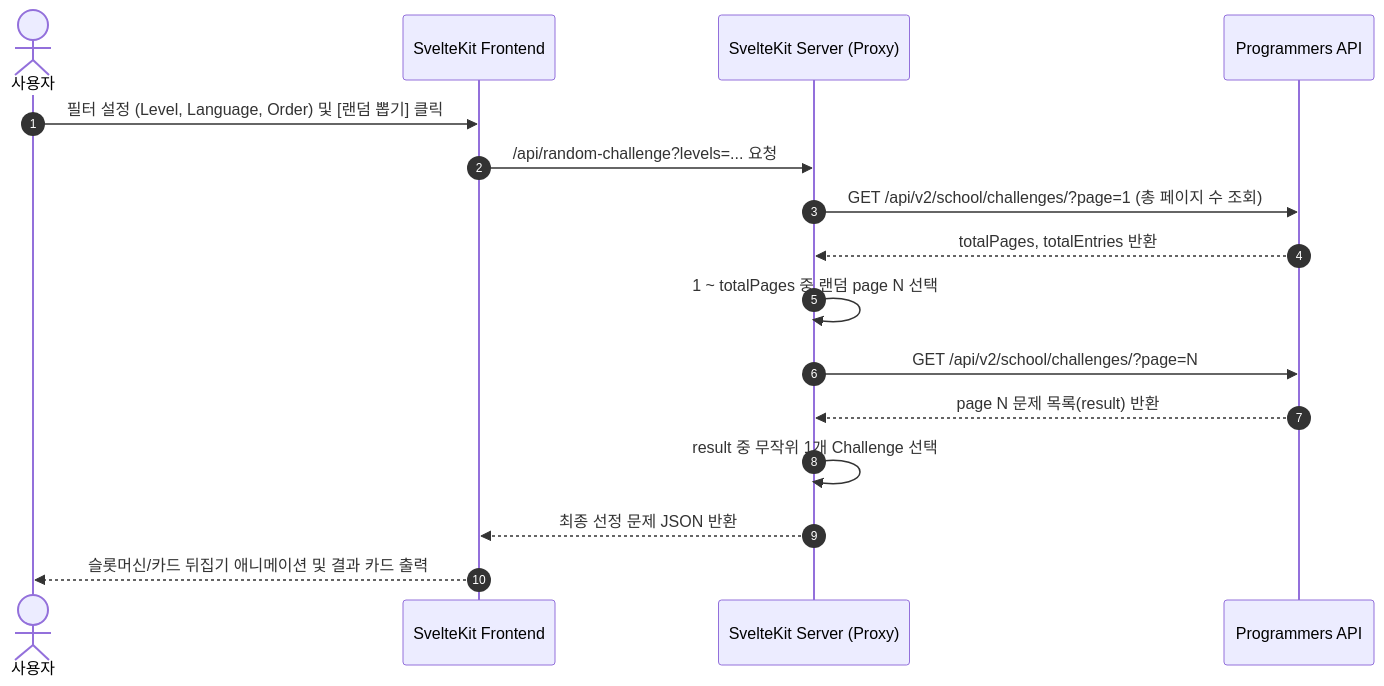
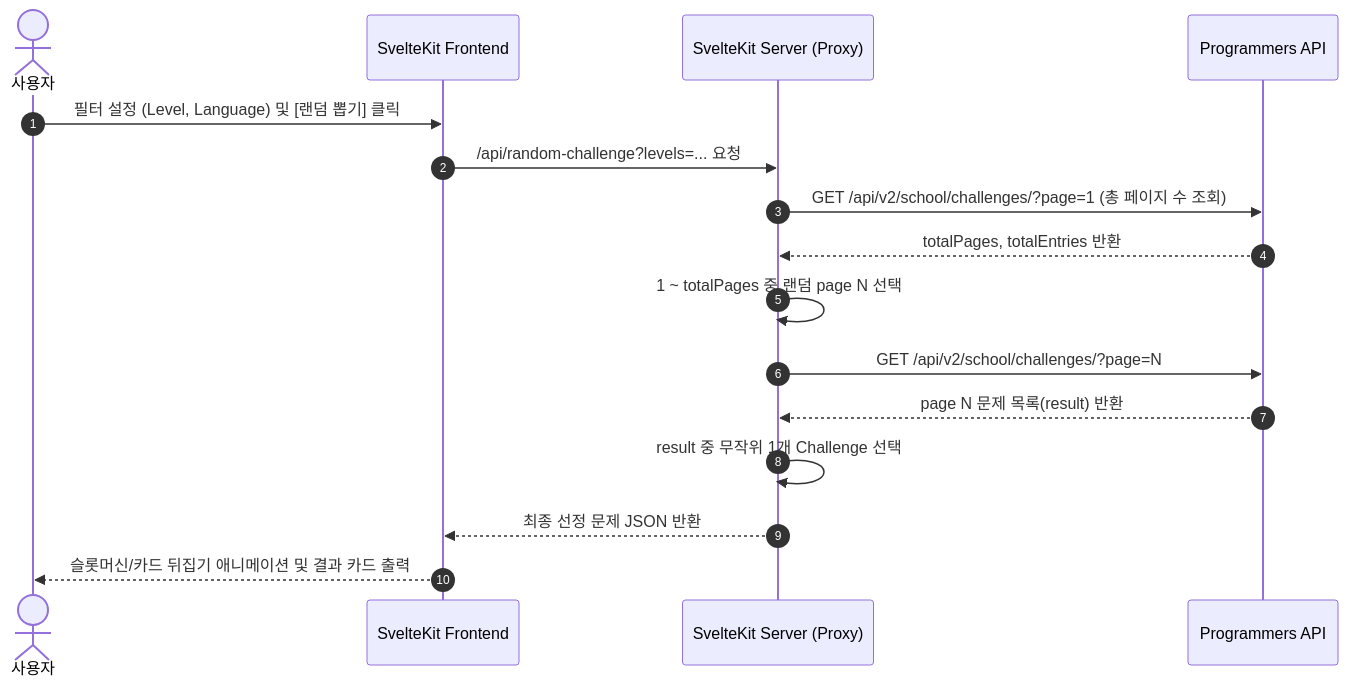
Before and after one commit to AOROKBV/ProPick: the diagram in docs/REQUIREMENTS.md, drawn with Mermaid. The commit also changed other lines of this file and 6 other files, not shown here.

````diff
--- a/docs/REQUIREMENTS.md
+++ b/docs/REQUIREMENTS.md
@@ -139,19 +139,19 @@
 ```mermaid
 sequenceDiagram
     autonumber
     actor User as 사용자
     participant UI as SvelteKit Frontend
     participant Server as SvelteKit Server (Proxy)
     participant API as Programmers API
 
-    User->>UI: 필터 설정 (Level, Language, Order) 및 [랜덤 뽑기] 클릭
+    User->>UI: 필터 설정 (Level, Language) 및 [랜덤 뽑기] 클릭
     UI->>Server: /api/random-challenge?levels=... 요청
     Server->>API: GET /api/v2/school/challenges/?page=1 (총 페이지 수 조회)
     API-->>Server: totalPages, totalEntries 반환
     Server->>Server: 1 ~ totalPages 중 랜덤 page N 선택
     Server->>API: GET /api/v2/school/challenges/?page=N
     API-->>Server: page N 문제 목록(result) 반환
     Server->>Server: result 중 무작위 1개 Challenge 선택
     Server-->>UI: 최종 선정 문제 JSON 반환
     UI-->>User: 슬롯머신/카드 뒤집기 애니메이션 및 결과 카드 출력
 ```
````
